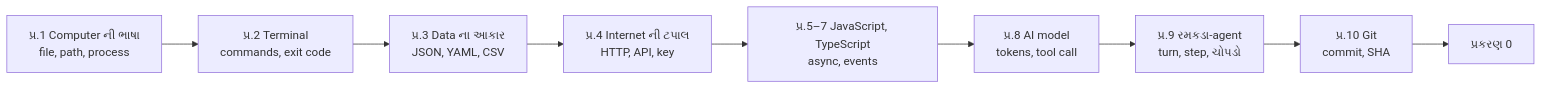
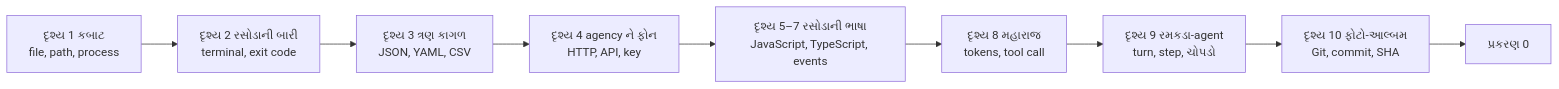
Before and after one commit to vrajkher/DeepSeekHarnessBookNEW: the first of 2 diagrams in book/pravesh-shunya-thi-shuruaat.md, drawn with Mermaid. The commit also changed other lines of this file and 15 other files, not shown here.

````diff
--- a/book/pravesh-shunya-thi-shuruaat.md
+++ b/book/pravesh-shunya-thi-shuruaat.md
@@ -55,11 +68,11 @@
 ```mermaid
 flowchart LR
-  A["પ્ર.1 Computer ની ભાષા<br/>file, path, process"] --> B["પ્ર.2 Terminal<br/>commands, exit code"]
-  B --> C["પ્ર.3 Data ના આકાર<br/>JSON, YAML, CSV"]
-  C --> D["પ્ર.4 Internet ની ટપાલ<br/>HTTP, API, key"]
-  D --> E["પ્ર.5–7 JavaScript, TypeScript<br/>async, events"]
-  E --> F["પ્ર.8 AI model<br/>tokens, tool call"]
-  F --> G["પ્ર.9 રમકડા-agent<br/>turn, step, ચોપડો"]
-  G --> H["પ્ર.10 Git<br/>commit, SHA"]
+  A["દૃશ્ય 1 કબાટ<br/>file, path, process"] --> B["દૃશ્ય 2 રસોડાની બારી<br/>terminal, exit code"]
+  B --> C["દૃશ્ય 3 ત્રણ કાગળ<br/>JSON, YAML, CSV"]
+  C --> D["દૃશ્ય 4 agency ને ફોન<br/>HTTP, API, key"]
+  D --> E["દૃશ્ય 5–7 રસોડાની ભાષા<br/>JavaScript, TypeScript, events"]
+  E --> F["દૃશ્ય 8 મહારાજ<br/>tokens, tool call"]
+  F --> G["દૃશ્ય 9 રમકડા-agent<br/>turn, step, ચોપડો"]
+  G --> H["દૃશ્ય 10 ફોટો-આલ્બમ<br/>Git, commit, SHA"]
   H --> I["પ્રકરણ 0"]
 ```
````
